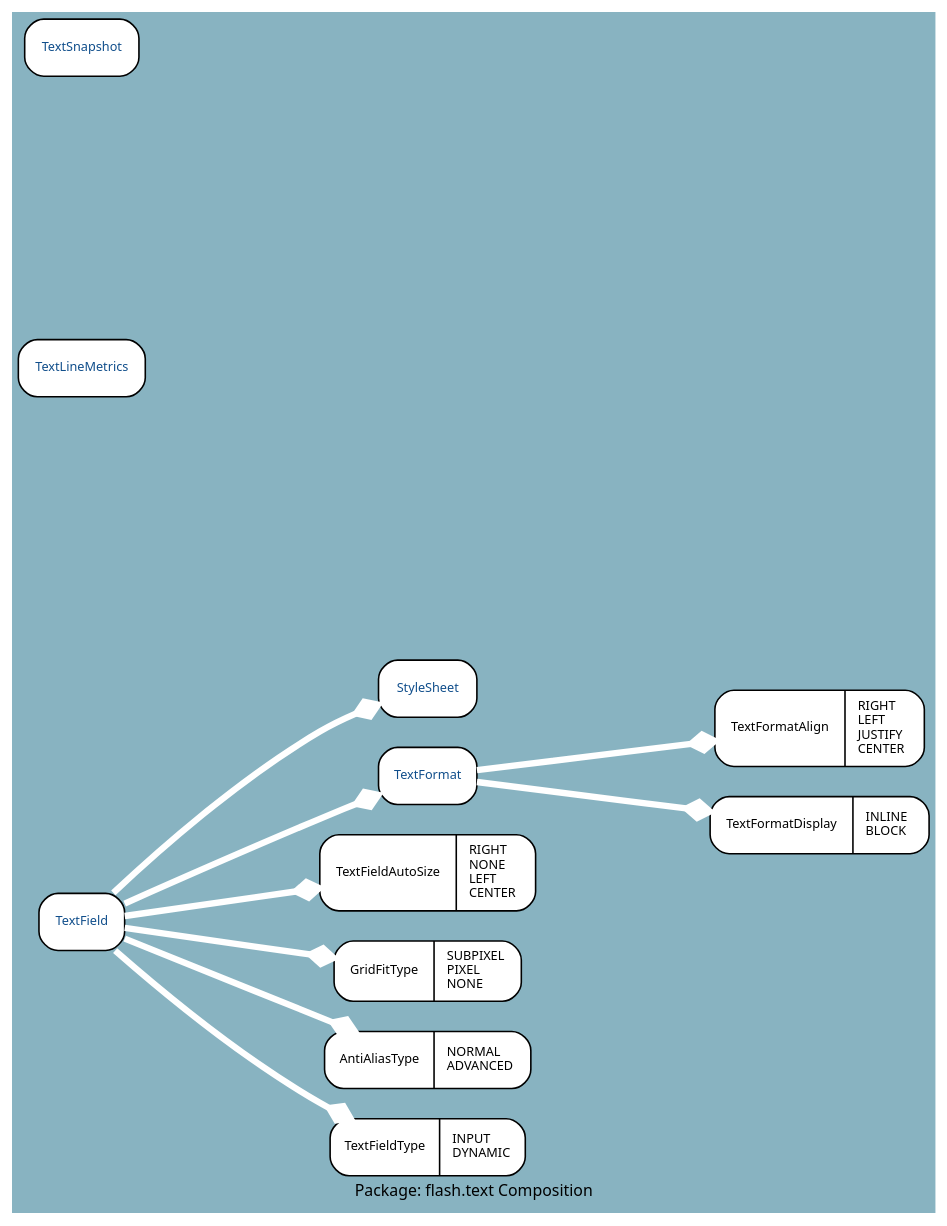
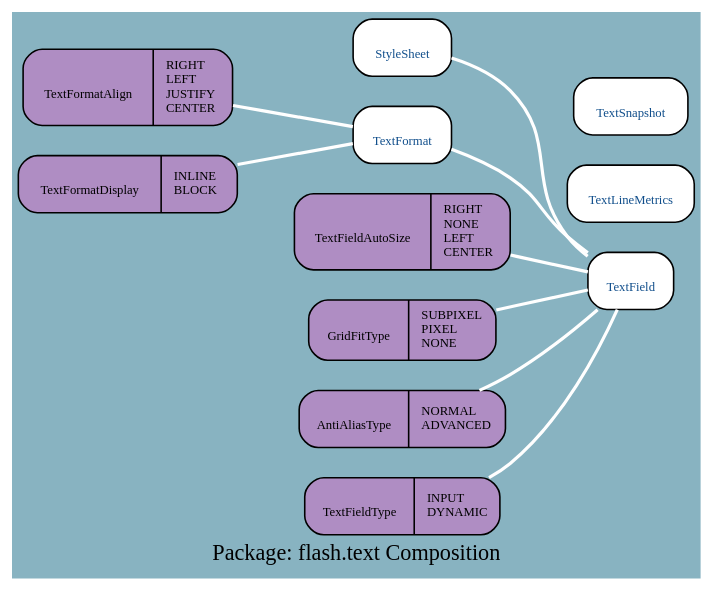
One commit to google-code-export/haxegui changed the diagram in docs/uml/flash.text_C.dot. Above: the diagram before and after it, drawn with Graphviz. The commit also changed 398 other files, not shown here.

```diff
--- a/docs/uml/flash.text_C.dot
+++ b/docs/uml/flash.text_C.dot
@@ -1,26 +1,26 @@
 digraph uml {
-	graph [label="Package: flash.text Composition", ratio=compress, rankdir=LR, size="24,12", fontname=Sans, fontsize=10, bgcolor="#88B3C1", fontcolor=black];
-	node [label="\N", fontname=Sans, fontsize=8, shape=record, color=black, fontcolor=black];
-	edge [fontname=Sans, fontsize=8, minlen=3, color=black, fontcolor=black];
-	graph [lp="290,10",
-		bb="0,0,580,750"];
-	"flash.text.StyleSheet" [label="{StyleSheet}", fontcolor="#104E8B", style="rounded,filled", fillcolor=white, URL="../types/flash/text/StyleSheet.html", tooltip=StyleSheet, portPos=StyleSheet, pos="262,323", rects="231,305,293,341", width="0.86", height="0.50"];
-	"flash.text.TextFormatAlign" [label="{TextFormatAlign|RIGHT\lLEFT\lJUSTIFY\lCENTER\l}", style="rounded,filled", fillcolor=white, pos="511,299", rects="445,275,528,323 528,275,577,323", width="1.83", height="0.67"];
-	"flash.text.TextFormat" [label="{TextFormat}", fontcolor="#104E8B", style="rounded,filled", fillcolor=white, URL="../types/flash/text/TextFormat.html", tooltip=TextFormat, portPos=TextFormat, pos="262,269", rects="231,251,294,287", width="0.86", height="0.50"];
-	"flash.text.TextFormatDisplay" [label="{TextFormatDisplay|INLINE\lBLOCK\l}", style="rounded,filled", fillcolor=white, pos="511,239", rects="442,221,535,257 535,221,580,257", width="1.92", height="0.50"];
-	"flash.text.TextFieldAutoSize" [label="{TextFieldAutoSize|RIGHT\lNONE\lLEFT\lCENTER\l}", style="rounded,filled", fillcolor=white, pos="262,209", rects="194,185,281,233 281,185,330,233", width="1.89", height="0.67"];
-	"flash.text.GridFitType" [label="{GridFitType|SUBPIXEL\lPIXEL\lNONE\l}", style="rounded,filled", fillcolor=white, pos="262,148", rects="203,129,265,167 265,129,322,167", width="1.64", height="0.53"];
-	"flash.text.TextField" [label="{TextField}", fontcolor="#104E8B", style="rounded,filled", fillcolor=white, URL="../types/flash/text/TextField.html", tooltip=TextField, portPos=TextField, pos="41,178", rects="14,160,68,196", width="0.75", height="0.50"];
-	"flash.text.AntiAliasType" [label="{AntiAliasType|NORMAL\lADVANCED\l}", style="rounded,filled", fillcolor=white, pos="262,93", rects="197,75,268,111 268,75,328,111", width="1.81", height="0.50"];
-	"flash.text.TextFieldType" [label="{TextFieldType|INPUT\lDYNAMIC\l}", style="rounded,filled", fillcolor=white, pos="262,39", rects="201,21,271,57 271,21,324,57", width="1.69", height="0.50"];
-	"flash.text.TextLineMetrics" [label="{TextLineMetrics}", fontcolor="#104E8B", style="rounded,filled", fillcolor=white, URL="../types/flash/text/TextLineMetrics.html", tooltip=TextLineMetrics, portPos=TextLineMetrics, pos="41,529", rects="1,511,82,547", width="1.11", height="0.50"];
-	"flash.text.TextSnapshot" [label="{TextSnapshot}", fontcolor="#104E8B", style="rounded,filled", fillcolor=white, URL="../types/flash/text/TextSnapshot.html", tooltip=TextSnapshot, portPos=TextSnapshot, pos="41,732", rects="5,714,78,750", width="1.00", height="0.50"];
-	"flash.text.TextFormat" -> "flash.text.TextFormatAlign" [color=white, style="setlinewidth(4)", arrowhead=diamond, arrowsize="1.25", pos="e,445,291 294,273 328,278 384,284 430,289"];
-	"flash.text.TextFormat" -> "flash.text.TextFormatDisplay" [color=white, style="setlinewidth(4)", arrowhead=diamond, arrowsize="1.25", pos="e,442,247 294,265 327,261 381,255 427,249"];
-	"flash.text.TextField" -> "flash.text.AntiAliasType" [color=white, style="setlinewidth(4)", arrowhead=diamond, arrowsize="1.25", pos="e,215,111 68,168 101,155 157,133 201,116"];
-	"flash.text.TextField" -> "flash.text.TextFieldAutoSize" [color=white, style="setlinewidth(4)", arrowhead=diamond, arrowsize="1.25", pos="e,194,199 68,182 95,186 139,191 179,197"];
-	"flash.text.TextField" -> "flash.text.TextFormat" [color=white, style="setlinewidth(4)", arrowhead=diamond, arrowsize="1.25", pos="e,231,256 68,189 99,202 150,224 194,242 201,245 209,248 217,251"];
-	"flash.text.TextField" -> "flash.text.GridFitType" [color=white, style="setlinewidth(4)", arrowhead=diamond, arrowsize="1.25", pos="e,203,156 68,174 97,170 147,164 188,158"];
-	"flash.text.TextField" -> "flash.text.StyleSheet" [color=white, style="setlinewidth(4)", arrowhead=diamond, arrowsize="1.25", pos="e,231,312 61,196 89,221 143,266 194,296 201,300 209,303 217,307"];
-	"flash.text.TextField" -> "flash.text.TextFieldType" [color=white, style="setlinewidth(4)", arrowhead=diamond, arrowsize="1.25", pos="e,213,57 62,160 91,136 144,94 194,66 196,65 198,64 199,63"];
+	graph [label="Package: flash.text Composition", ratio=compress, rankdir=RL, smoothing=avg_dist, overlap=false, fontname="DejaVu Sans Condenesed", fontsize=14, bgcolor="#88B3C1", fontcolor=black];
+	node [label="\N", fontname="DejaVu Sans Condenesed", fontsize=8, shape=record, color=black, fontcolor=black];
+	edge [fontname="DejaVu Sans Condenesed", fontsize=8, color=black, fontcolor=black];
+	graph [lp="214,12",
+		bb="0,0,428,345"];
+	"flash.text.StyleSheet" [label="{\nStyleSheet}", fontcolor="#104E8B", style="rounded,filled", fillcolor=white, URL="../types/flash/text/StyleSheet.html", tooltip="\nStyleSheet", pos="242,327", rects="211,309,273,345", width="0.86", height="0.50"];
+	"flash.text.TextFormatAlign" [label="{\nTextFormatAlign|RIGHT\lLEFT\lJUSTIFY\lCENTER\l}", style="rounded,filled", fillcolor="#af8dc3", pos="69,303", rects="3,279,86,327 86,279,135,327", width="1.83", height="0.67"];
+	"flash.text.TextFormat" [label="{\nTextFormat}", fontcolor="#104E8B", style="rounded,filled", fillcolor=white, URL="../types/flash/text/TextFormat.html", tooltip="\nTextFormat", pos="242,273", rects="211,255,274,291", width="0.86", height="0.50"];
+	"flash.text.TextFormatDisplay" [label="{\nTextFormatDisplay|INLINE\lBLOCK\l}", style="rounded,filled", fillcolor="#af8dc3", pos="69,243", rects="0,225,93,261 93,225,138,261", width="1.92", height="0.50"];
+	"flash.text.TextFieldAutoSize" [label="{\nTextFieldAutoSize|RIGHT\lNONE\lLEFT\lCENTER\l}", style="rounded,filled", fillcolor="#af8dc3", pos="242,213", rects="174,189,261,237 261,189,310,237", width="1.89", height="0.67"];
+	"flash.text.GridFitType" [label="{\nGridFitType|SUBPIXEL\lPIXEL\lNONE\l}", style="rounded,filled", fillcolor="#af8dc3", pos="242,152", rects="183,133,245,171 245,133,302,171", width="1.64", height="0.53"];
+	"flash.text.TextField" [label="{\nTextField}", fontcolor="#104E8B", style="rounded,filled", fillcolor=white, URL="../types/flash/text/TextField.html", tooltip="\nTextField", pos="387,182", rects="360,164,414,200", width="0.75", height="0.50"];
+	"flash.text.AntiAliasType" [label="{\nAntiAliasType|NORMAL\lADVANCED\l}", style="rounded,filled", fillcolor="#af8dc3", pos="242,97", rects="177,79,248,115 248,79,308,115", width="1.81", height="0.50"];
+	"flash.text.TextFieldType" [label="{\nTextFieldType|INPUT\lDYNAMIC\l}", style="rounded,filled", fillcolor="#af8dc3", pos="242,43", rects="181,25,251,61 251,25,304,61", width="1.69", height="0.50"];
+	"flash.text.TextLineMetrics" [label="{\nTextLineMetrics}", fontcolor="#104E8B", style="rounded,filled", fillcolor=white, URL="../types/flash/text/TextLineMetrics.html", tooltip="\nTextLineMetrics", pos="387,236", rects="347,218,428,254", width="1.11", height="0.50"];
+	"flash.text.TextSnapshot" [label="{\nTextSnapshot}", fontcolor="#104E8B", style="rounded,filled", fillcolor=white, URL="../types/flash/text/TextSnapshot.html", tooltip="\nTextSnapshot", pos="387,290", rects="351,272,424,308", width="1.00", height="0.50"];
+	"flash.text.TextFormat" -> "flash.text.TextFormatAlign" [color=white, style=bold, arrowhead=none, arrowtail=diamond, arrowsize=1, pos="s,211,278 199,280 180,284 156,288 135,291"];
+	"flash.text.TextFormat" -> "flash.text.TextFormatDisplay" [color=white, style=bold, arrowhead=none, arrowtail=diamond, arrowsize=1, pos="s,211,268 199,266 181,262 158,259 138,255"];
+	"flash.text.TextField" -> "flash.text.AntiAliasType" [color=white, style=bold, arrowhead=none, arrowtail=diamond, arrowsize=1, pos="s,366,164 357,156 343,145 326,133 310,124 304,121 298,118 292,115"];
+	"flash.text.TextField" -> "flash.text.TextFieldAutoSize" [color=white, style=bold, arrowhead=none, arrowtail=diamond, arrowsize=1, pos="s,360,188 348,191 336,193 323,196 310,199"];
+	"flash.text.TextField" -> "flash.text.TextFormat" [color=white, style=bold, arrowhead=none, arrowtail=diamond, arrowsize=1, pos="s,360,199 350,206 348,207 347,208 346,209 328,223 329,233 310,246 299,253 286,259 274,263"];
+	"flash.text.TextField" -> "flash.text.GridFitType" [color=white, style=bold, arrowhead=none, arrowtail=diamond, arrowsize=1, pos="s,360,176 348,174 334,171 317,168 302,164"];
+	"flash.text.TextField" -> "flash.text.StyleSheet" [color=white, style=bold, arrowhead=none, arrowtail=diamond, arrowsize=1, pos="s,360,196 350,204 349,206 347,207 346,209 318,242 340,269 310,300 300,310 286,316 273,320"];
+	"flash.text.TextField" -> "flash.text.TextFieldType" [color=white, style=bold, arrowhead=none, arrowtail=diamond, arrowsize=1, pos="s,379,164 374,153 360,128 338,93 310,70 306,67 301,64 296,61"];
 }
```
